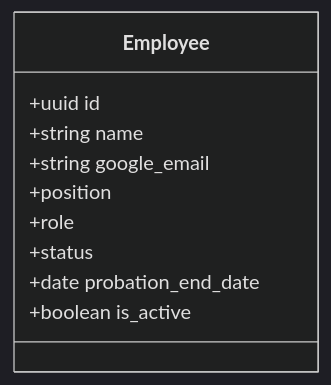
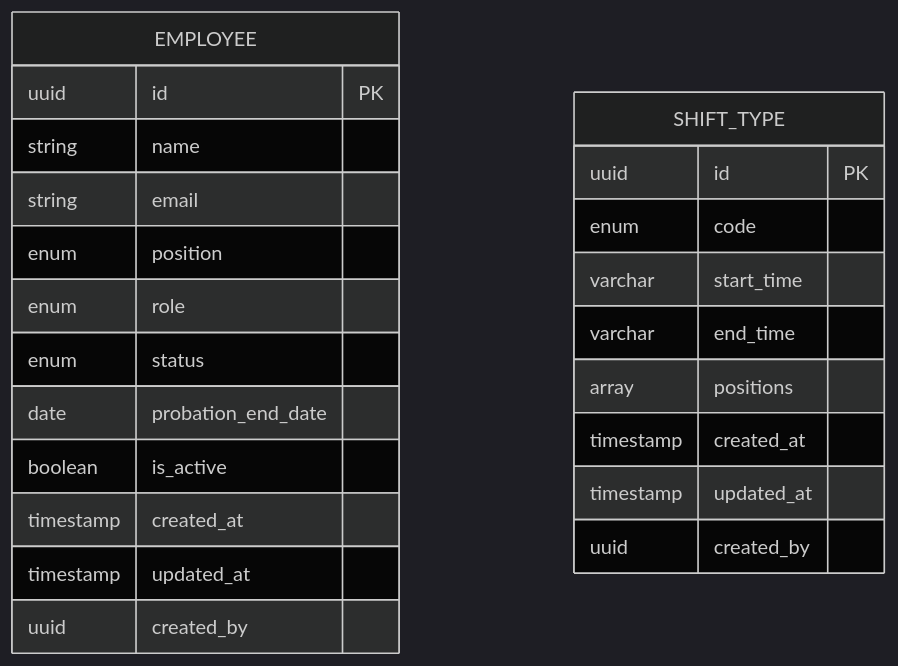
Before and after one commit to epo33m/scheduling: the second of 6 diagrams in .qoder/repowiki/en/content/Product Requirements Document/Data Model Design.md, drawn with Mermaid (dark theme). The commit also changed other lines of this file and 50 other files, not shown here.

````diff
--- a/.qoder/repowiki/en/content/Product Requirements Document/Data Model Design.md
+++ b/.qoder/repowiki/en/content/Product Requirements Document/Data Model Design.md
@@ -170,13 +101,26 @@
 ```mermaid
-classDiagram
-class Employee {
-+uuid id
-+string name
-+string google_email
-+position
-+role
-+status
-+date probation_end_date
-+boolean is_active
+erDiagram
+EMPLOYEE {
+uuid id PK
+string name
+string email
+enum position
+enum role
+enum status
+date probation_end_date
+boolean is_active
+timestamp created_at
+timestamp updated_at
+uuid created_by
+}
+SHIFT_TYPE {
+uuid id PK
+enum code
+varchar start_time
+varchar end_time
+array positions
+timestamp created_at
+timestamp updated_at
+uuid created_by
 }
 ```
````
